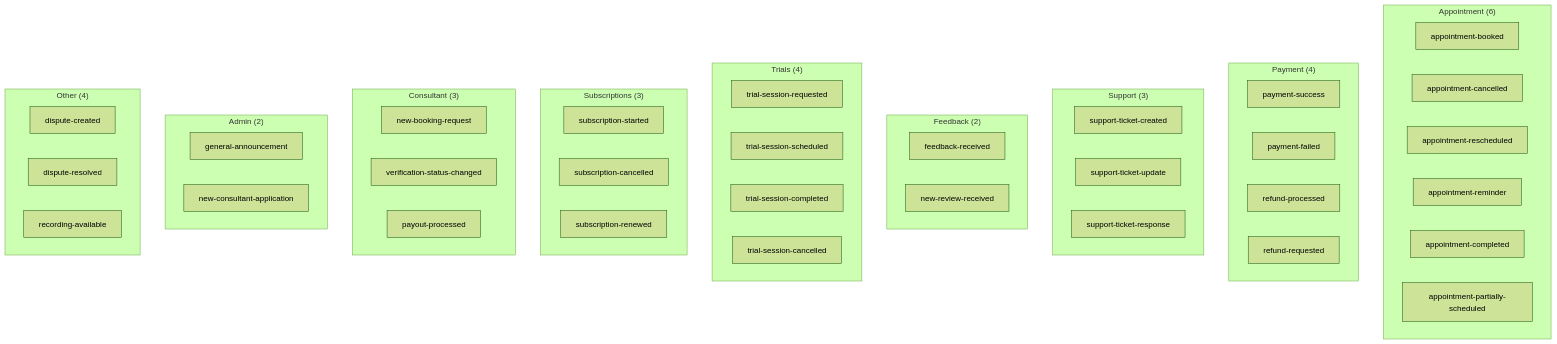
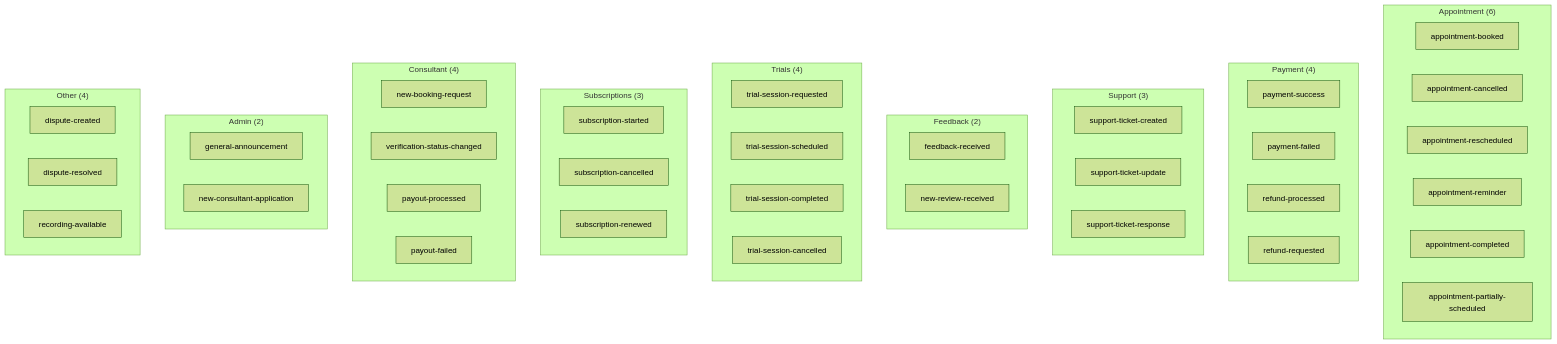
The first of 3 diagrams in docs/notifications/02-workflows-and-api.md (Practitionist/familiarise_web), drawn with Mermaid (forest theme) before and after one commit. The commit also changed other lines of this file and 35 other files, not shown here.

````diff
--- a/docs/notifications/02-workflows-and-api.md
+++ b/docs/notifications/02-workflows-and-api.md
@@ -7,59 +7,60 @@
 ```mermaid
 graph TD
     subgraph "Appointment (6)"
         W1[appointment-booked]
         W2[appointment-cancelled]
         W3[appointment-rescheduled]
         W4[appointment-reminder]
         W5[appointment-completed]
         W5b[appointment-partially-scheduled]
     end
 
     subgraph "Payment (4)"
         W6[payment-success]
         W7[payment-failed]
         W8[refund-processed]
         W9[refund-requested]
     end
 
     subgraph "Support (3)"
         W10[support-ticket-created]
         W11[support-ticket-update]
         W12[support-ticket-response]
     end
 
     subgraph "Feedback (2)"
         W13[feedback-received]
         W14[new-review-received]
     end
 
     subgraph "Trials (4)"
         W15[trial-session-requested]
         W16[trial-session-scheduled]
         W17[trial-session-completed]
         W18[trial-session-cancelled]
     end
 
     subgraph "Subscriptions (3)"
         W19[subscription-started]
         W20[subscription-cancelled]
         W21[subscription-renewed]
     end
 
-    subgraph "Consultant (3)"
+    subgraph "Consultant (4)"
         W22[new-booking-request]
         W23[verification-status-changed]
         W24[payout-processed]
+        W24b[payout-failed]
     end
 
     subgraph "Admin (2)"
         W25[general-announcement]
         W26[new-consultant-application]
     end
 
     subgraph "Other (4)"
         W28[dispute-created]
         W29[dispute-resolved]
         W30[recording-available]
     end
 ```
````
